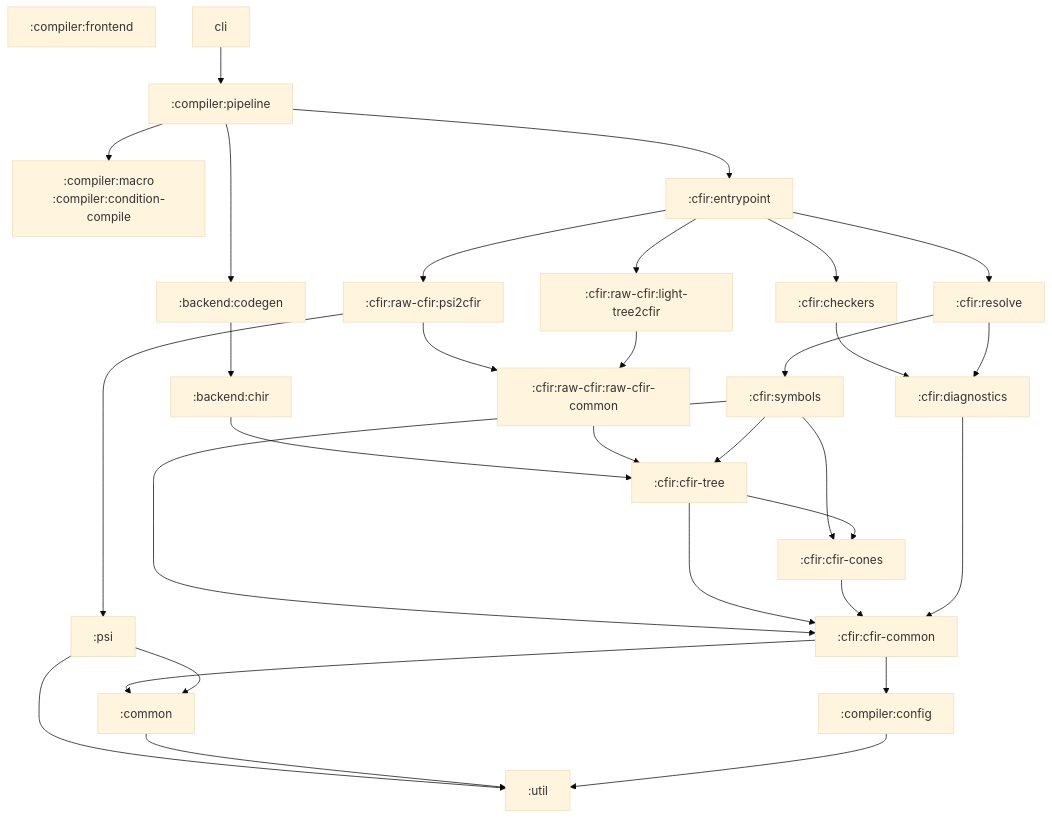
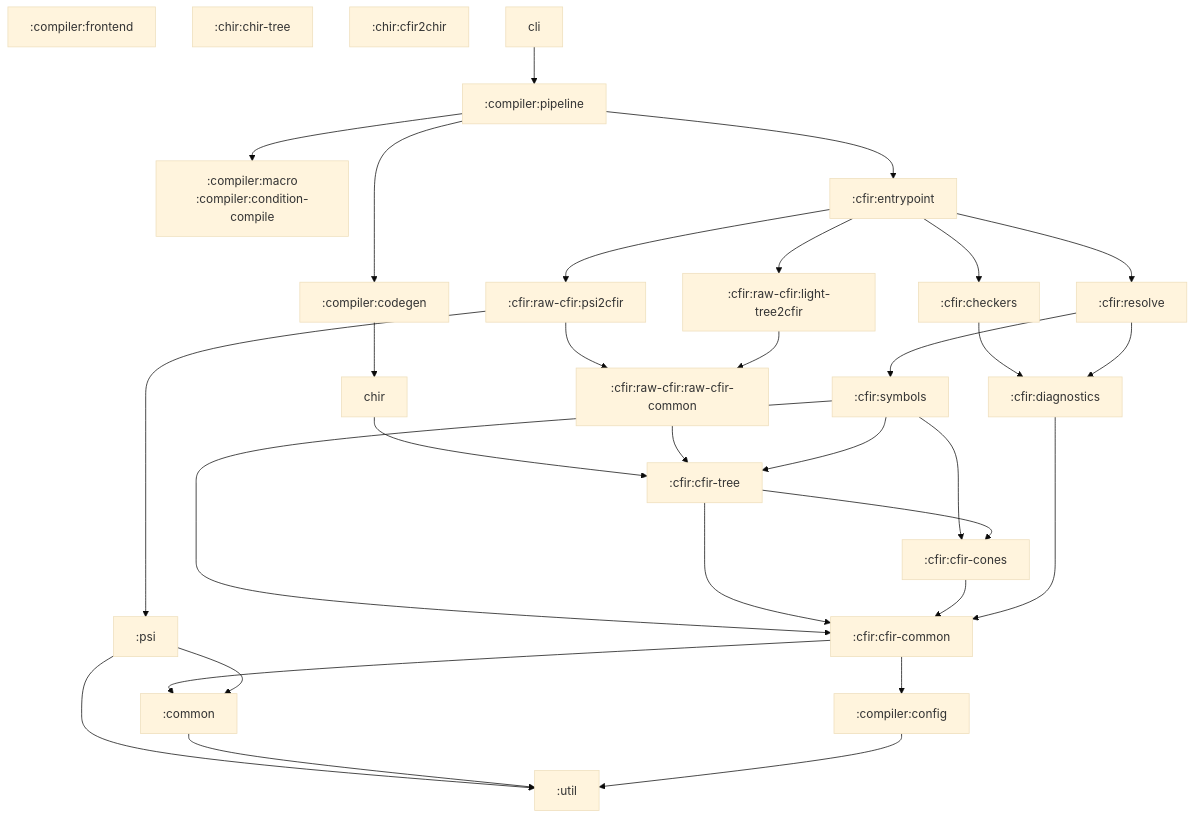
The second of 2 diagrams in docs/compiler-module-design.md (lin-qingying/cangjie), drawn with Mermaid (base theme) before and after one commit. The commit also changed other lines of this file and 3310 other files, not shown here.

Commit message:
feat: restructure CHIR module, enhance CFIR resolution and update test data

````diff
--- a/docs/compiler-module-design.md
+++ b/docs/compiler-module-design.md
@@ -320,58 +321,59 @@
 ```mermaid
 graph TD
     frontend[":compiler:frontend"]
     pipeline[":compiler:pipeline"]
     macro[":compiler:macro\n:compiler:condition-compile"]
     entrypoint[":cfir:entrypoint"]
-    codegen[":backend:codegen"]
-    chir[":backend:chir"]
+    codegen[":compiler:codegen"]
+    chirTree[":chir:chir-tree"]
+    cfir2chir[":chir:cfir2chir"]
     checkers[":cfir:checkers"]
     resolve[":cfir:resolve"]
     psi2cfir[":cfir:raw-cfir:psi2cfir"]
     lt2cfir[":cfir:raw-cfir:light-tree2cfir"]
     rawCommon[":cfir:raw-cfir:raw-cfir-common"]
     symbols[":cfir:symbols"]
     diag[":cfir:diagnostics"]
     tree[":cfir:cfir-tree"]
     cones[":cfir:cfir-cones"]
     cfirCommon[":cfir:cfir-common"]
     config[":compiler:config"]
     common[":common"]
     util[":util"]
     psi[":psi"]
 
     cli --> pipeline
     pipeline --> entrypoint
     pipeline --> macro
     pipeline --> codegen
     codegen --> chir
     chir --> tree
 
     entrypoint --> checkers
     entrypoint --> resolve
     entrypoint --> psi2cfir
     entrypoint --> lt2cfir
 
     checkers --> diag
     resolve --> symbols
     resolve --> diag
 
     psi2cfir --> rawCommon
     psi2cfir --> psi
     lt2cfir --> rawCommon
 
     rawCommon --> tree
     symbols --> tree
     symbols --> cones
     symbols --> cfirCommon
     tree --> cones
     tree --> cfirCommon
     cones --> cfirCommon
     diag --> cfirCommon
     cfirCommon --> common
     cfirCommon --> config
     psi --> common
     psi --> util
     common --> util
     config --> util
 ```
````
